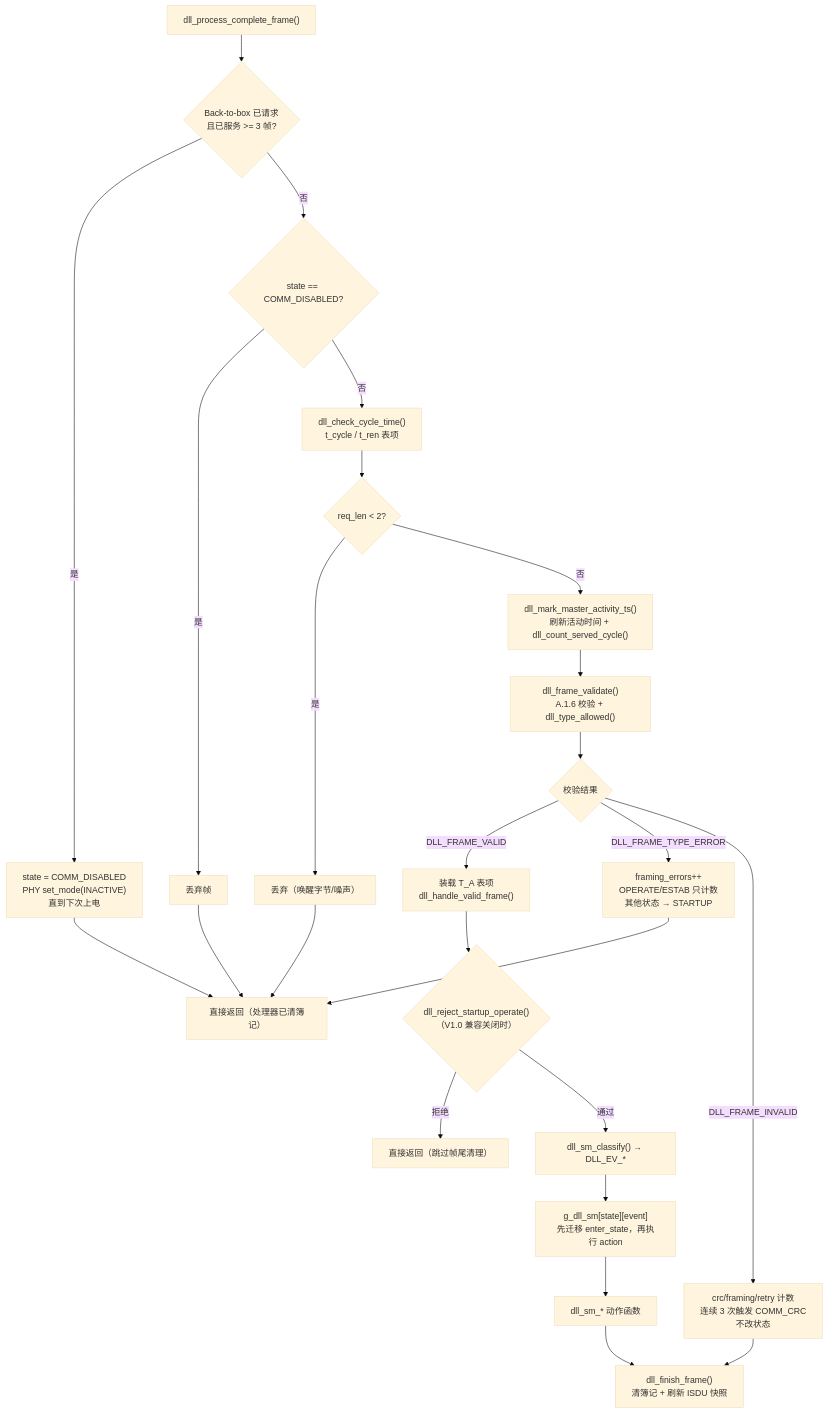
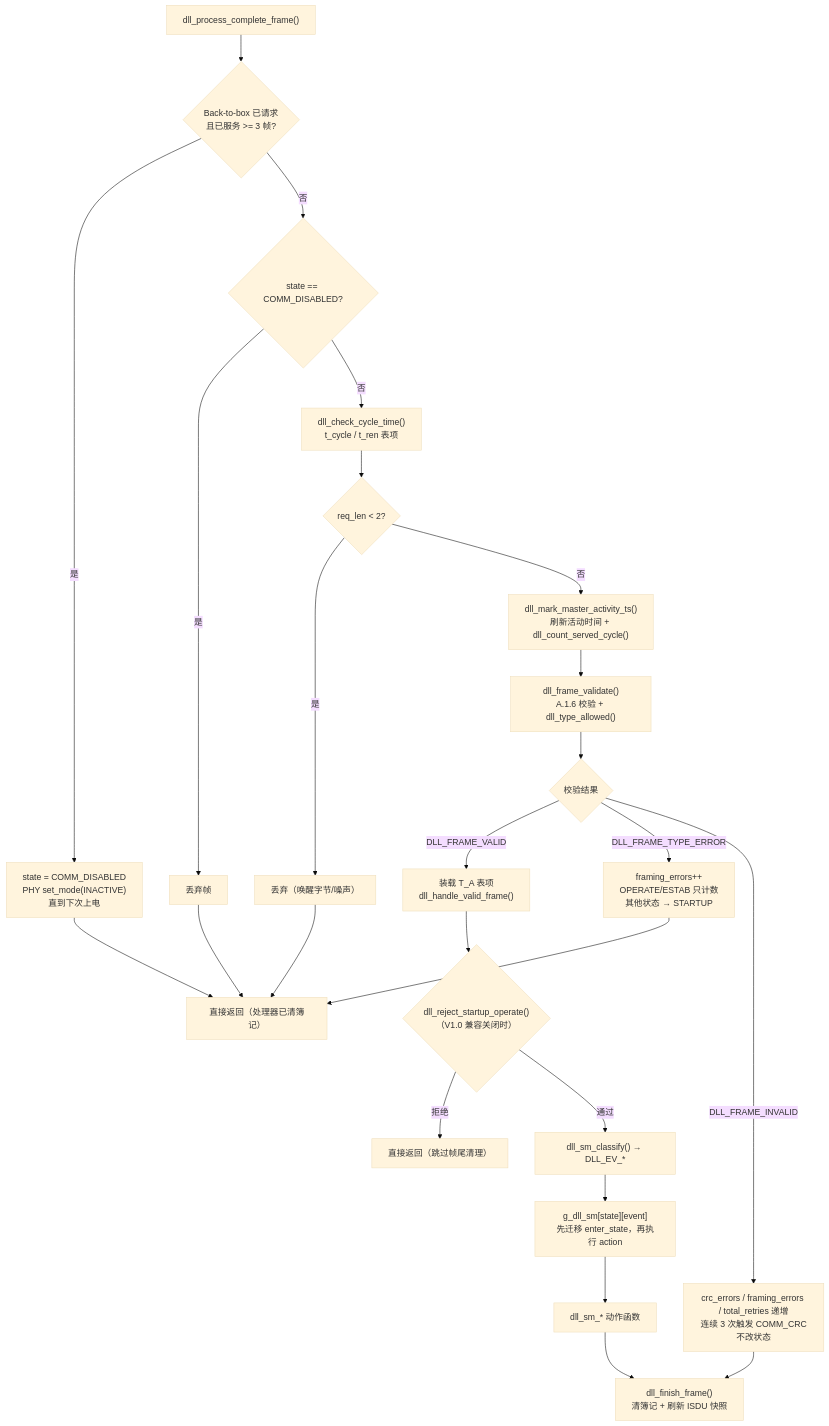
Before and after one commit to Adlyq/iolinki: the sixth of 17 diagrams in docs/CODE_FLOW.md, drawn with Mermaid (base theme). The commit also changed other lines of this file, not shown here.

First line of the commit message:
docs(flow): align pump, frame dispatch and timer paths with src

````diff
--- a/docs/CODE_FLOW.md
+++ b/docs/CODE_FLOW.md
@@ -400,27 +403,27 @@
 ```mermaid
 flowchart TD
     A["dll_process_complete_frame()"] --> B{"Back-to-box 已请求<br/>且已服务 >= 3 帧?"}
     B -- 是 --> B1["state = COMM_DISABLED<br/>PHY set_mode(INACTIVE)<br/>直到下次上电"]
     B -- 否 --> C{"state == COMM_DISABLED?"}
     C -- 是 --> C1["丢弃帧"]
     C -- 否 --> D["dll_check_cycle_time()<br/>t_cycle / t_ren 表项"]
     D --> E{"req_len < 2?"}
     E -- 是 --> E1["丢弃（唤醒字节/噪声）"]
     E -- 否 --> F["dll_mark_master_activity_ts()<br/>刷新活动时间 + dll_count_served_cycle()"]
     F --> G["dll_frame_validate()<br/>A.1.6 校验 + dll_type_allowed()"]
     G --> H{"校验结果"}
     H -- "DLL_FRAME_VALID" --> I["装载 T_A 表项<br/>dll_handle_valid_frame()"]
     H -- "DLL_FRAME_TYPE_ERROR" --> J["framing_errors++<br/>OPERATE/ESTAB 只计数<br/>其他状态 → STARTUP"]
-    H -- "DLL_FRAME_INVALID" --> K["crc/framing/retry 计数<br/>连续 3 次触发 COMM_CRC<br/>不改状态"]
+    H -- "DLL_FRAME_INVALID" --> K["crc_errors / framing_errors / total_retries 递增<br/>连续 3 次触发 COMM_CRC<br/>不改状态"]
     I --> L{"dll_reject_startup_operate()<br/>（V1.0 兼容关闭时）"}
     L -- 拒绝 --> M["直接返回（跳过帧尾清理）"]
     L -- 通过 --> N["dll_sm_classify() → DLL_EV_*"]
     N --> O["g_dll_sm[state][event]<br/>先迁移 enter_state，再执行 action"]
     O --> P["dll_sm_* 动作函数"]
     P --> Q["dll_finish_frame()<br/>清簿记 + 刷新 ISDU 快照"]
     J --> R["直接返回（处理器已清簿记）"]
     K --> Q
     B1 --> R
     C1 --> R
     E1 --> R
 ```
````
